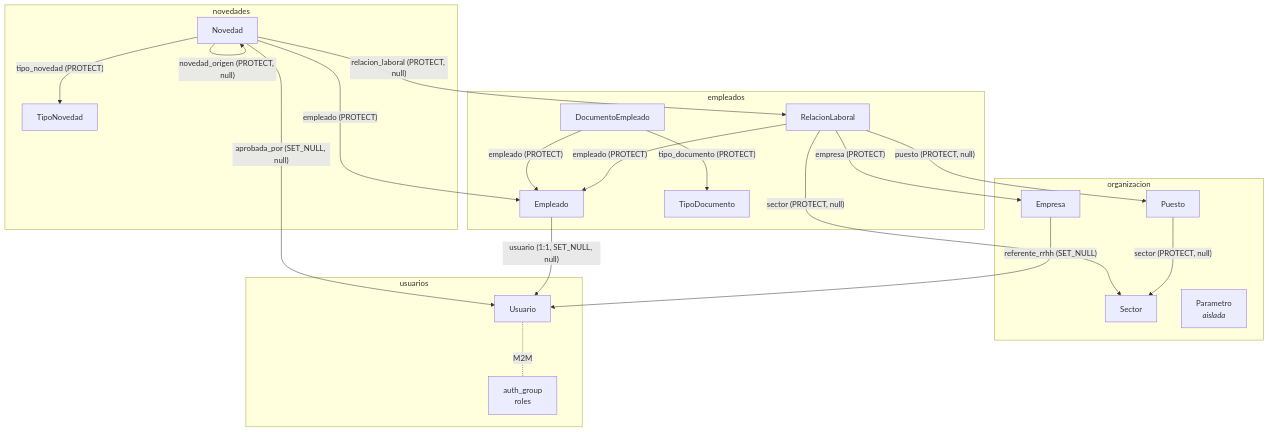
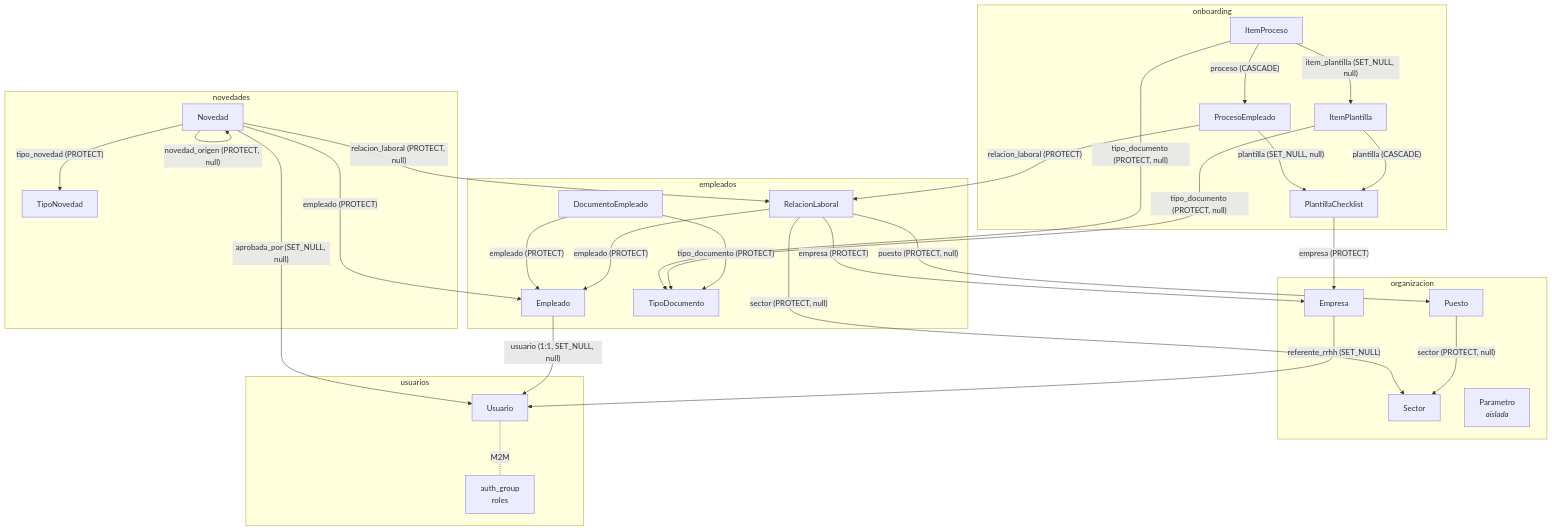
One commit to nicoceballos94/NEXOFLOWGESTIONVV changed the second of 2 diagrams in Gestion Vial Victoria/Conocimiento/DOCUMENTACION/MER_BASE_DE_DATOS.md. Above: the diagram before and after it, drawn with Mermaid. The commit also changed other lines of this file and 1 other file, not shown here.

First line of the commit message:
docs: reflejar CU-29/30 hecho (onboarding/offboarding)

````diff
--- a/Gestion Vial Victoria/Conocimiento/DOCUMENTACION/MER_BASE_DE_DATOS.md
+++ b/Gestion Vial Victoria/Conocimiento/DOCUMENTACION/MER_BASE_DE_DATOS.md
@@ -203,45 +254,61 @@
 ```mermaid
 graph TD
     subgraph organizacion
         EMPRESA[Empresa]
         SECTOR[Sector]
         PUESTO[Puesto]
         PARAMETRO[Parametro<br/><i>aislada</i>]
     end
 
     subgraph usuarios
         USUARIO[Usuario]
         GRUPO[auth_group<br/>roles]
     end
 
     subgraph empleados
         EMPLEADO[Empleado]
         RELACION[RelacionLaboral]
         TIPODOC[TipoDocumento]
         DOC[DocumentoEmpleado]
     end
 
     subgraph novedades
         TIPONOV[TipoNovedad]
         NOVEDAD[Novedad]
     end
 
+    subgraph onboarding
+        PLANTILLA[PlantillaChecklist]
+        ITEMPL[ItemPlantilla]
+        PROCESO[ProcesoEmpleado]
+        ITEMPR[ItemProceso]
+    end
+
     USUARIO -. M2M .- GRUPO
     EMPRESA -- "referente_rrhh (SET_NULL)" --> USUARIO
     PUESTO -- "sector (PROTECT, null)" --> SECTOR
     EMPLEADO -- "usuario (1:1, SET_NULL, null)" --> USUARIO
 
     RELACION -- "empleado (PROTECT)" --> EMPLEADO
     RELACION -- "empresa (PROTECT)" --> EMPRESA
     RELACION -- "sector (PROTECT, null)" --> SECTOR
     RELACION -- "puesto (PROTECT, null)" --> PUESTO
 
     DOC -- "empleado (PROTECT)" --> EMPLEADO
     DOC -- "tipo_documento (PROTECT)" --> TIPODOC
 
     NOVEDAD -- "empleado (PROTECT)" --> EMPLEADO
     NOVEDAD -- "relacion_laboral (PROTECT, null)" --> RELACION
     NOVEDAD -- "tipo_novedad (PROTECT)" --> TIPONOV
     NOVEDAD -- "novedad_origen (PROTECT, null)" --> NOVEDAD
     NOVEDAD -- "aprobada_por (SET_NULL, null)" --> USUARIO
+
+    PLANTILLA -- "empresa (PROTECT)" --> EMPRESA
+    ITEMPL -- "plantilla (CASCADE)" --> PLANTILLA
+    ITEMPL -- "tipo_documento (PROTECT, null)" --> TIPODOC
+    PROCESO -- "relacion_laboral (PROTECT)" --> RELACION
+    PROCESO -- "plantilla (SET_NULL, null)" --> PLANTILLA
+    ITEMPR -- "proceso (CASCADE)" --> PROCESO
+    ITEMPR -- "item_plantilla (SET_NULL, null)" --> ITEMPL
+    ITEMPR -- "tipo_documento (PROTECT, null)" --> TIPODOC
 ```
````
